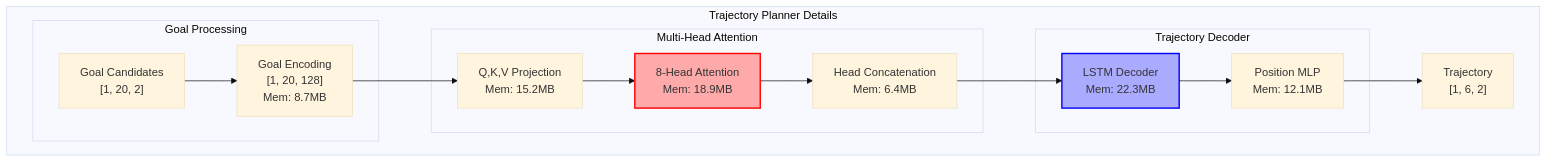
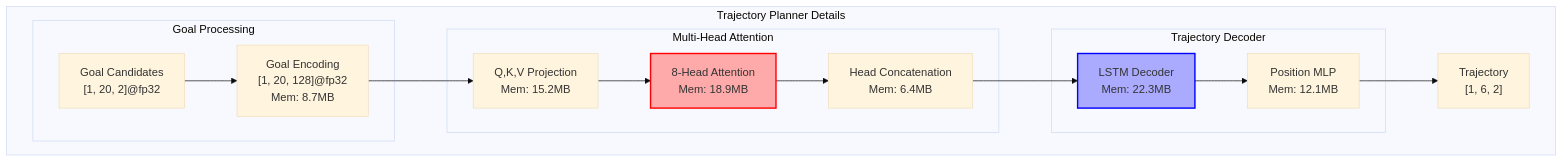
Before and after one commit to litanlitudan/UniAD: the third of 8 diagrams in tools/pytorch_op_tracer/reports/task_heads/planning_head_report.md, drawn with Mermaid (base theme). The commit also changed other lines of this file and 17 other files, not shown here.

````diff
--- a/tools/pytorch_op_tracer/reports/task_heads/planning_head_report.md
+++ b/tools/pytorch_op_tracer/reports/task_heads/planning_head_report.md
@@ -99,31 +99,31 @@
 ```mermaid
 graph TB
     subgraph "Trajectory Planner Details"
         subgraph "Goal Processing"
-            Goals["Goal Candidates<br/>[1, 20, 2]"]
-            GE["Goal Encoding<br/>[1, 20, 128]<br/>Mem: 8.7MB"]
+            Goals["Goal Candidates<br/>[1, 20, 2]@fp32"]
+            GE["Goal Encoding<br/>[1, 20, 128]@fp32<br/>Mem: 8.7MB"]
         end
         
         subgraph "Multi-Head Attention"
             QKV["Q,K,V Projection<br/>Mem: 15.2MB"]
             MHA["8-Head Attention<br/>Mem: 18.9MB"]
             Concat["Head Concatenation<br/>Mem: 6.4MB"]
         end
         
         subgraph "Trajectory Decoder"
             LSTM["LSTM Decoder<br/>Mem: 22.3MB"]
             MLP["Position MLP<br/>Mem: 12.1MB"]
         end
         
         Goals --> GE
         GE --> QKV
         QKV --> MHA
         MHA --> Concat
         Concat --> LSTM
         LSTM --> MLP
         MLP --> Traj["Trajectory<br/>[1, 6, 2]"]
     end
     
     style MHA fill:#faa,stroke:#f00,stroke-width:2px
     style LSTM fill:#aaf,stroke:#00f,stroke-width:2px
 ```
````
